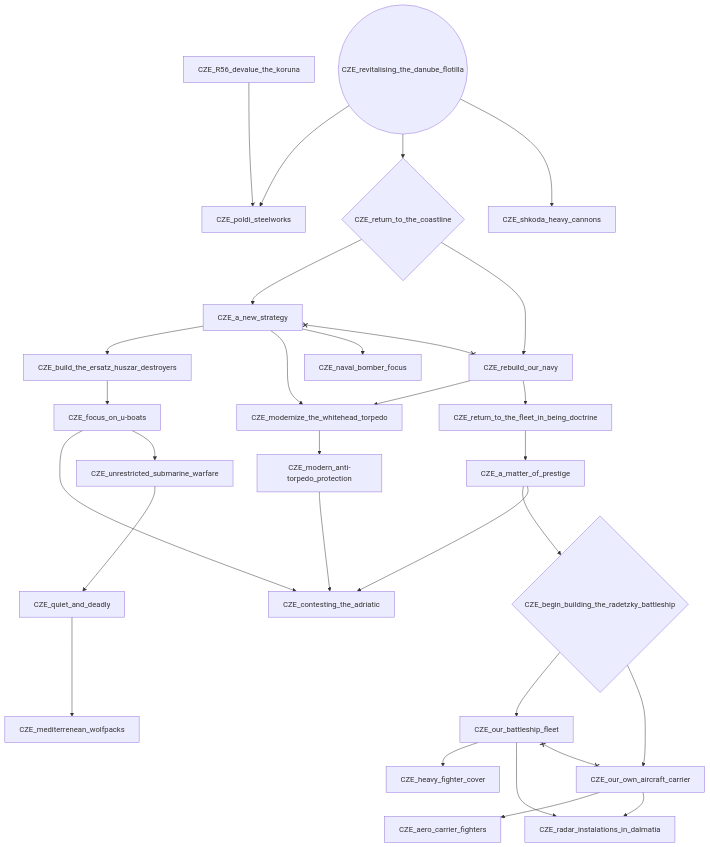
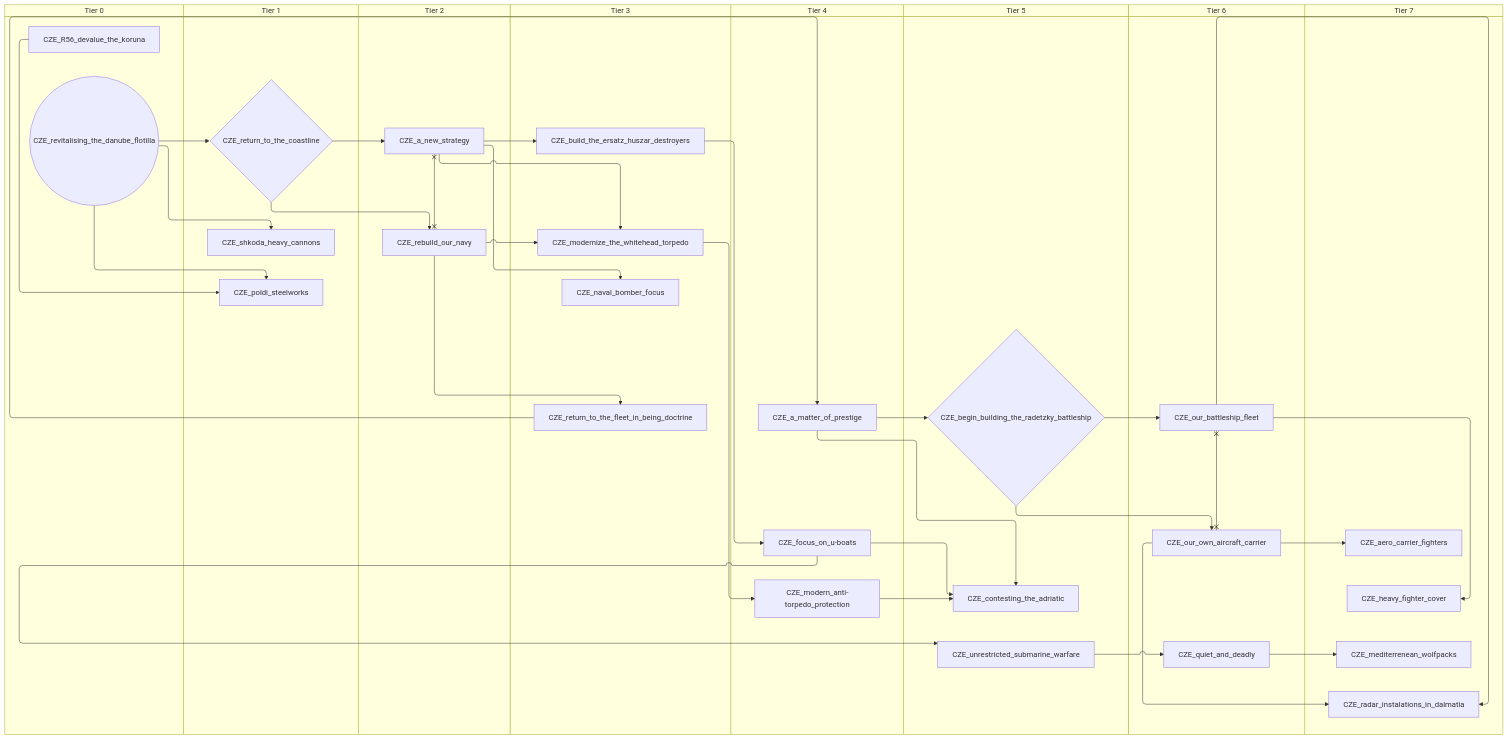
The fifth of 5 diagrams in docs/gdd/National Focuses/r56/r56_czechoslovakia.md (evgeny-sobol/hoi4-sandbox-mode-r56), drawn with Mermaid before and after one commit. The commit also changed other lines of this file and 423 other files, not shown here.

First line of the commit message:
Re-export Rt56 focus trees as swimlane diagrams

````diff
--- a/docs/gdd/National Focuses/r56/r56_czechoslovakia.md
+++ b/docs/gdd/National Focuses/r56/r56_czechoslovakia.md
@@ -439,56 +511,72 @@
 ```mermaid
-flowchart TD
-    n5["CZE_R56_devalue_the_koruna"]
-    n125["CZE_a_matter_of_prestige"]
-    n126["CZE_a_new_strategy"]
-    n127["CZE_aero_carrier_fighters"]
-    n128{"CZE_begin_building_the_radetzky_battleship"}
-    n129["CZE_build_the_ersatz_huszar_destroyers"]
-    n130["CZE_contesting_the_adriatic"]
-    n131["CZE_focus_on_u-boats"]
-    n132["CZE_heavy_fighter_cover"]
-    n133["CZE_mediterrenean_wolfpacks"]
-    n134["CZE_modern_anti-torpedo_protection"]
-    n135["CZE_modernize_the_whitehead_torpedo"]
-    n136["CZE_naval_bomber_focus"]
-    n137["CZE_our_battleship_fleet"]
-    n138["CZE_our_own_aircraft_carrier"]
-    n33["CZE_poldi_steelworks"]
-    n139["CZE_quiet_and_deadly"]
-    n140["CZE_radar_instalations_in_dalmatia"]
-    n141["CZE_rebuild_our_navy"]
-    n142{"CZE_return_to_the_coastline"}
-    n143["CZE_return_to_the_fleet_in_being_doctrine"]
-    n34(("CZE_revitalising_the_danube_flotilla"))
-    n144["CZE_shkoda_heavy_cannons"]
-    n145["CZE_unrestricted_submarine_warfare"]
-    n143 --> n125
-    n142 --> n126
-    n138 --> n127
+swimlane-beta TD
+    subgraph tier_0["Tier 0"]
+        n1["CZE_R56_devalue_the_koruna"]
+        n4(("CZE_revitalising_the_danube_flotilla"))
+    end
+    subgraph tier_1["Tier 1"]
+        n9["CZE_poldi_steelworks"]
+        n125{"CZE_return_to_the_coastline"}
+        n126["CZE_shkoda_heavy_cannons"]
+    end
+    subgraph tier_2["Tier 2"]
+        n127["CZE_a_new_strategy"]
+        n128["CZE_rebuild_our_navy"]
+    end
+    subgraph tier_3["Tier 3"]
+        n129["CZE_build_the_ersatz_huszar_destroyers"]
+        n130["CZE_modernize_the_whitehead_torpedo"]
+        n131["CZE_naval_bomber_focus"]
+        n132["CZE_return_to_the_fleet_in_being_doctrine"]
+    end
+    subgraph tier_4["Tier 4"]
+        n133["CZE_a_matter_of_prestige"]
+        n134["CZE_focus_on_u-boats"]
+        n135["CZE_modern_anti-torpedo_protection"]
+    end
+    subgraph tier_5["Tier 5"]
+        n136{"CZE_begin_building_the_radetzky_battleship"}
+        n137["CZE_contesting_the_adriatic"]
+        n138["CZE_unrestricted_submarine_warfare"]
+    end
+    subgraph tier_6["Tier 6"]
+        n139["CZE_our_battleship_fleet"]
+        n140["CZE_our_own_aircraft_carrier"]
+        n141["CZE_quiet_and_deadly"]
+    end
+    subgraph tier_7["Tier 7"]
+        n142["CZE_aero_carrier_fighters"]
+        n143["CZE_heavy_fighter_cover"]
+        n144["CZE_mediterrenean_wolfpacks"]
+        n145["CZE_radar_instalations_in_dalmatia"]
+    end
+    n132 --> n133
+    n125 --> n127
+    n140 --> n142
+    n133 --> n136
+    n127 --> n129
+    n135 --> n137
+    n134 --> n137
+    n133 --> n137
+    n129 --> n134
+    n139 --> n143
+    n141 --> n144
+    n130 --> n135
+    n127 --> n130
+    n128 --> n130
+    n127 --> n131
+    n136 --> n139
+    n136 --> n140
+    n4 --> n9
+    n1 --> n9
+    n138 --> n141
+    n140 --> n145
+    n139 --> n145
     n125 --> n128
-    n126 --> n129
-    n134 --> n130
-    n131 --> n130
-    n125 --> n130
-    n129 --> n131
-    n137 --> n132
-    n139 --> n133
-    n135 --> n134
-    n126 --> n135
-    n141 --> n135
-    n126 --> n136
-    n128 --> n137
-    n128 --> n138
-    n34 --> n33
-    n5 --> n33
-    n145 --> n139
-    n138 --> n140
-    n137 --> n140
-    n142 --> n141
-    n34 --> n142
-    n141 --> n143
-    n34 --> n144
-    n131 --> n145
-    n126 x--x n141
-    n137 x--x n138
+    n4 --> n125
+    n128 --> n132
+    n4 --> n126
+    n134 --> n138
+    n127 x--x n128
+    n139 x--x n140
 ```
````
